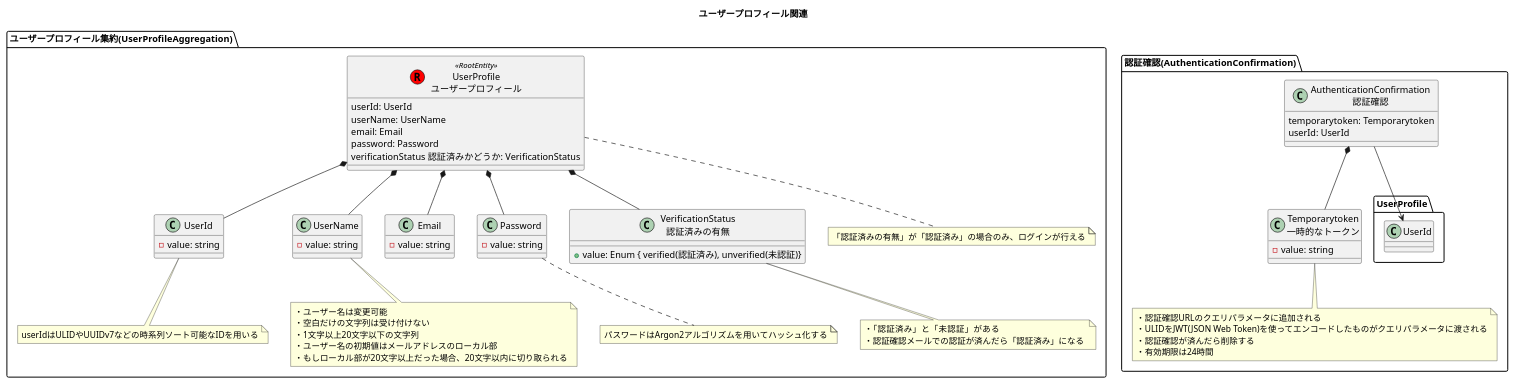
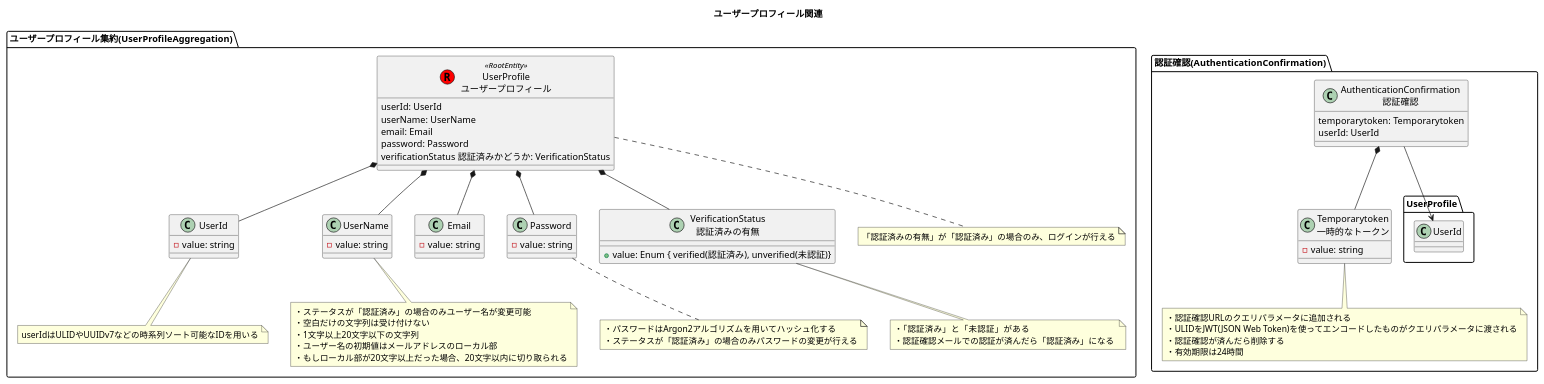
The diagram in modelingDiagram/domainModelDiagram/ユーザープロフィール関連.pu (h-maki2/identityAccess), drawn with PlantUML before and after one commit.

Commit message:
ドメインモデル図に追加

```diff
--- a/modelingDiagram/domainModelDiagram/ユーザープロフィール関連.pu
+++ b/modelingDiagram/domainModelDiagram/ユーザープロフィール関連.pu
@@ -1,87 +1,88 @@
 @startuml ユーザープロフィール関連
 
 title ユーザープロフィール関連
 
 package "ユーザープロフィール集約(UserProfileAggregation)" {
     class "UserProfile\nユーザープロフィール" as UserProfile << (R,red) RootEntity >> {
         userId: UserId
         userName: UserName
         email: Email
         password: Password
         verificationStatus 認証済みかどうか: VerificationStatus
     }
 
     class UserId {
         - value: string
     }
 
     class UserName {
         - value: string
     }
 
     class Email {
         - value: string
     }
 
     class Password {
         - value: string
     }
 
     class "VerificationStatus\n認証済みの有無" as VerificationStatus {
         + value: Enum { verified(認証済み), unverified(未認証)}
     }
 
     note bottom of UserProfile
         「認証済みの有無」が「認証済み」の場合のみ、ログインが行える
     end note
 
     note bottom of UserId
         userIdはULIDやUUIDv7などの時系列ソート可能なIDを用いる
     end note
 
     note bottom of UserName
-        ・ユーザー名は変更可能
+        ・ステータスが「認証済み」の場合のみユーザー名が変更可能
         ・空白だけの文字列は受け付けない
         ・1文字以上20文字以下の文字列
         ・ユーザー名の初期値はメールアドレスのローカル部
         ・もしローカル部が20文字以上だった場合、20文字以内に切り取られる
     end note
 
     note bottom of VerificationStatus
         ・「認証済み」と「未認証」がある
         ・認証確認メールでの認証が済んだら「認証済み」になる 
     end note
 
     note bottom of Password
-        パスワードはArgon2アルゴリズムを用いてハッシュ化する
+        ・パスワードはArgon2アルゴリズムを用いてハッシュ化する
+        ・ステータスが「認証済み」の場合のみパスワードの変更が行える
     end note
 
     UserProfile *-down- UserId
     UserProfile *-down- UserName
     UserProfile *-down- Email
     UserProfile *-down- Password
     UserProfile *-down- VerificationStatus
 }
 
 package "認証確認(AuthenticationConfirmation)" {
     class "AuthenticationConfirmation\n認証確認" as AuthenticationConfirmation {
         temporarytoken: Temporarytoken
         userId: UserId
     }
 
     class "Temporarytoken\n一時的なトークン" as Temporarytoken {
         - value: string
     }
 
     note bottom of Temporarytoken
         ・認証確認URLのクエリパラメータに追加される
         ・ULIDをJWT(JSON Web Token)を使ってエンコードしたものがクエリパラメータに渡される
         ・認証確認が済んだら削除する
         ・有効期限は24時間
     end note
 
     AuthenticationConfirmation *-down- Temporarytoken
     AuthenticationConfirmation -down-> UserProfile.UserId
 }
 
 @enduml
```
